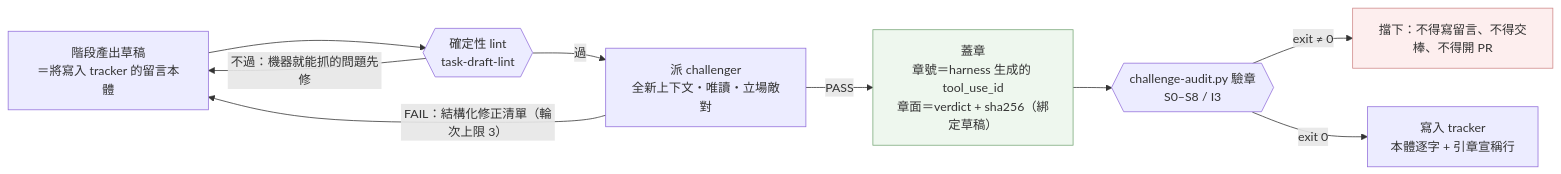
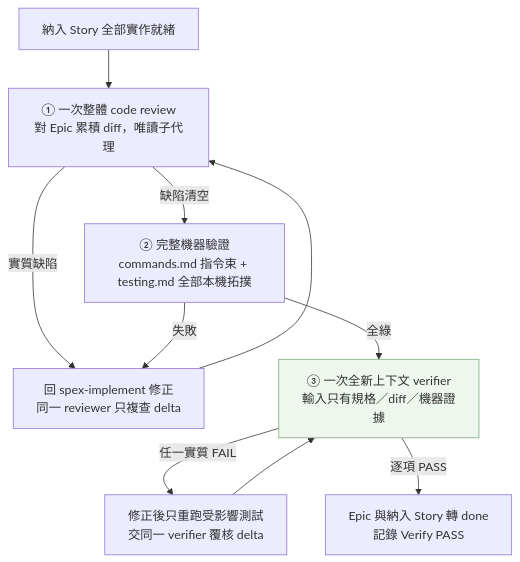
The second of 3 diagrams in README.md (bibirock/spex), drawn with Mermaid before and after one commit. The commit also changed other lines of this file and 3 other files, not shown here.

````diff
--- a/README.md
+++ b/README.md
@@ -214,14 +150,14 @@
 ```mermaid
-flowchart LR
-    D["階段產出草稿<br/>＝將寫入 tracker 的留言本體"] --> L{{"確定性 lint<br/>task-draft-lint"}}
-    L -->|"不過：機器就能抓的問題先修"| D
-    L -->|"過"| C["派 challenger<br/>全新上下文・唯讀・立場敵對"]
-    C -->|"FAIL：結構化修正清單（輪次上限 3）"| D
-    C -->|"PASS"| ST["蓋章<br/>章號＝harness 生成的 tool_use_id<br/>章面＝verdict + sha256（綁定草稿）"]
-    ST --> V{{"challenge-audit.py 驗章<br/>S0–S8 / I3"}}
-    V -->|"exit ≠ 0"| BLOCK["擋下：不得寫留言、不得交棒、不得開 PR"]
-    V -->|"exit 0"| W["寫入 tracker<br/>本體逐字 + 引章宣稱行"]
+flowchart TD
+    R["納入 Story 全部實作就緒"] --> CR["① 一次整體 code review<br/>對 Epic 累積 diff，唯讀子代理"]
+    CR -->|"實質缺陷"| FIX["回 spex-implement 修正<br/>同一 reviewer 只複查 delta"]
+    FIX --> CR
+    CR -->|"缺陷清空"| MV["② 完整機器驗證<br/>commands.md 指令束 + testing.md 全部本機拓撲"]
+    MV -->|"失敗"| FIX
+    MV -->|"全綠"| VF["③ 一次全新上下文 verifier<br/>輸入只有規格／diff／機器證據"]
+    VF -->|"任一實質 FAIL"| FIX2["修正後只重跑受影響測試<br/>交同一 verifier 覆核 delta"]
+    FIX2 --> VF
+    VF -->|"逐項 PASS"| DONE["Epic 與納入 Story 轉 done<br/>記錄 Verify PASS"]
 
-    style ST fill:#eef7ee,stroke:#79a879
-    style BLOCK fill:#fdeeee,stroke:#d08a8a
+    style VF fill:#eef7ee,stroke:#79a879
 ```
````
